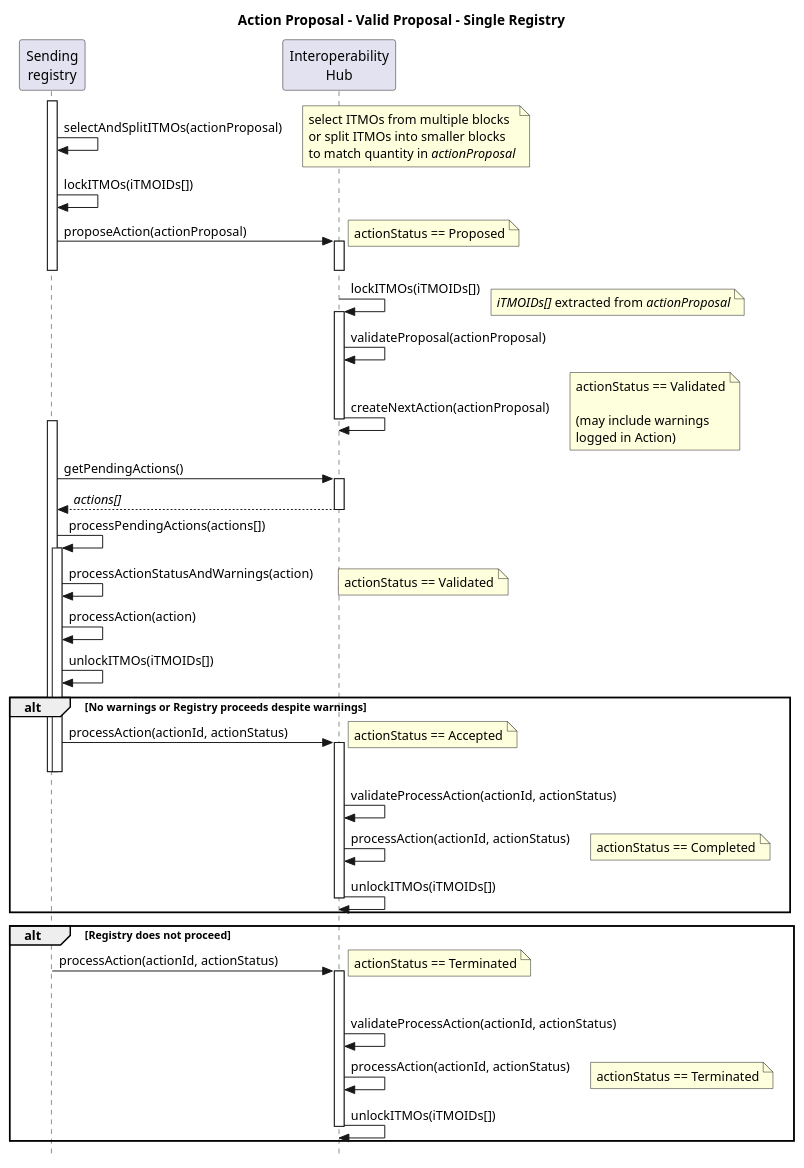
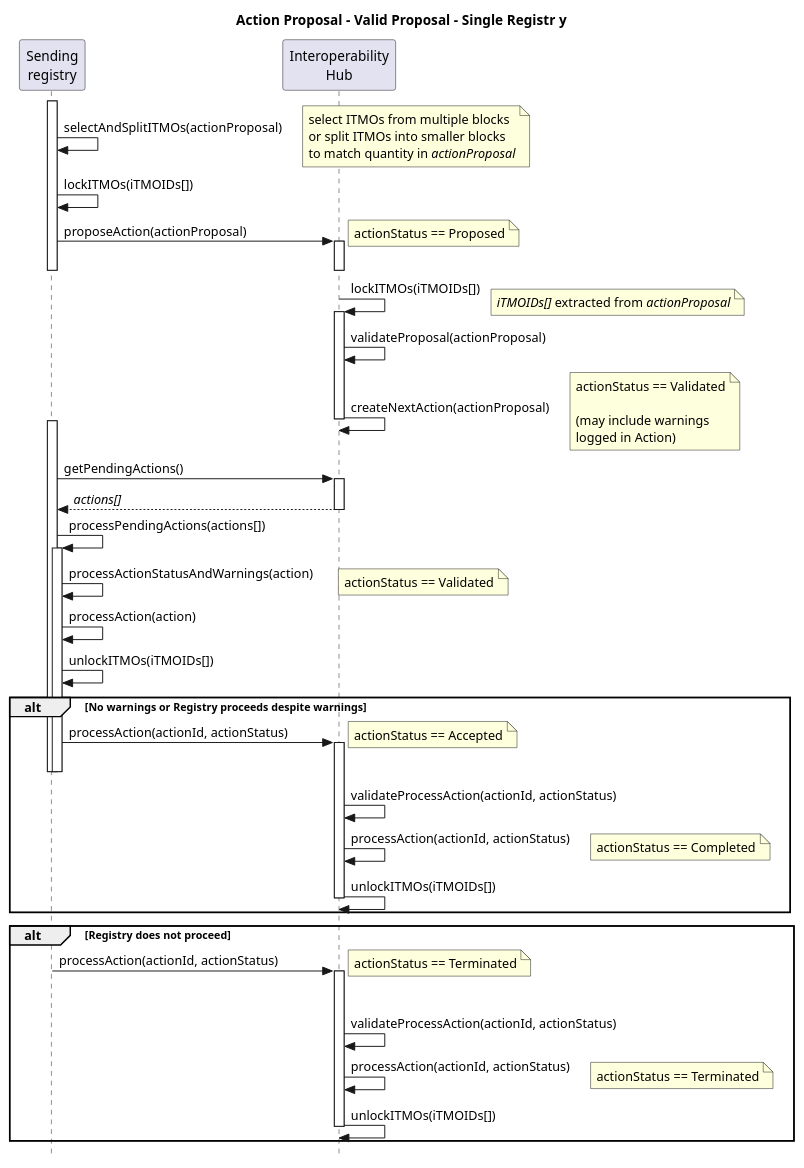
The diagram in diagrams/actionProposal_Valid_SingleReg_Sequence.puml (frankcnng/CARP), drawn with PlantUML before and after one commit.

```diff
--- a/diagrams/actionProposal_Valid_SingleReg_Sequence.puml
+++ b/diagrams/actionProposal_Valid_SingleReg_Sequence.puml
@@ -1,66 +1,66 @@
 @startuml actionProposal_Valid_SingleReg_Sequence
 
-title Action Proposal - Valid Proposal - Single Registry
+title Action Proposal - Valid Proposal - Single Registr y
 
 skinparam style strictuml
 
 participant "Sending\nregistry" as Sender
 participant "Interoperability\nHub" as Hub
 
 activate Sender
 Sender -> Sender: selectAndSplitITMOs(actionProposal)
 note right: select ITMOs from multiple blocks\nor split ITMOs into smaller blocks\nto match quantity in //actionProposal//
 
 Sender -> Sender: lockITMOs(iTMOIDs[])
 Sender -> Hub++ : proposeAction(actionProposal)
 note right: actionStatus == Proposed
 deactivate Hub
 deactivate Sender
 
 Hub -> Hub++: lockITMOs(iTMOIDs[])
 note right: //iTMOIDs[]// extracted from //actionProposal//
 
 Hub -> Hub: validateProposal(actionProposal)
 Hub -> Hub--: createNextAction(actionProposal)
 note right: actionStatus == Validated\n\n(may include warnings\nlogged in Action)
 
 activate Sender
 Sender -> Hub++ : getPendingActions()
 Sender <-- Hub--: //actions[]//
 
 Sender -> Sender: processPendingActions(actions[])
 activate Sender
 Sender -> Sender: processActionStatusAndWarnings(action)
 note right: actionStatus == Validated
 Sender -> Sender: processAction(action)
 Sender -> Sender: unlockITMOs(iTMOIDs[])
 
 alt No warnings or Registry proceeds despite warnings
 
   Sender -> Hub++: processAction(actionId, actionStatus)
   note right: actionStatus == Accepted
   deactivate Sender
   deactivate Sender
   Hub -> Hub: validateProcessAction(actionId, actionStatus)
   Hub -> Hub: processAction(actionId, actionStatus)
   note right: actionStatus == Completed
   Hub -> Hub--: unlockITMOs(iTMOIDs[])
 
 end
 
 alt Registry does not proceed
 
   activate Sender
   activate Sender
   Sender -> Hub++: processAction(actionId, actionStatus)
   note right: actionStatus == Terminated
   deactivate Sender
   deactivate Sender
   Hub -> Hub: validateProcessAction(actionId, actionStatus)
   Hub -> Hub: processAction(actionId, actionStatus)
   note right: actionStatus == Terminated
   Hub -> Hub--: unlockITMOs(iTMOIDs[])
 
 end
 
 @enduml
```
